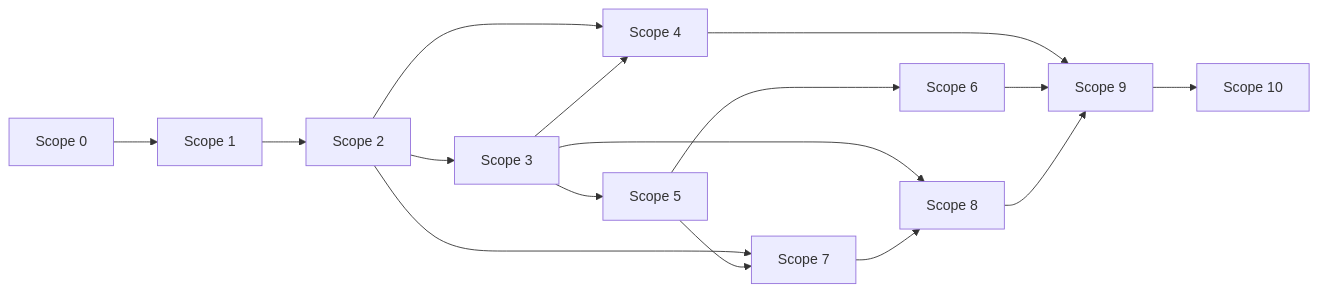
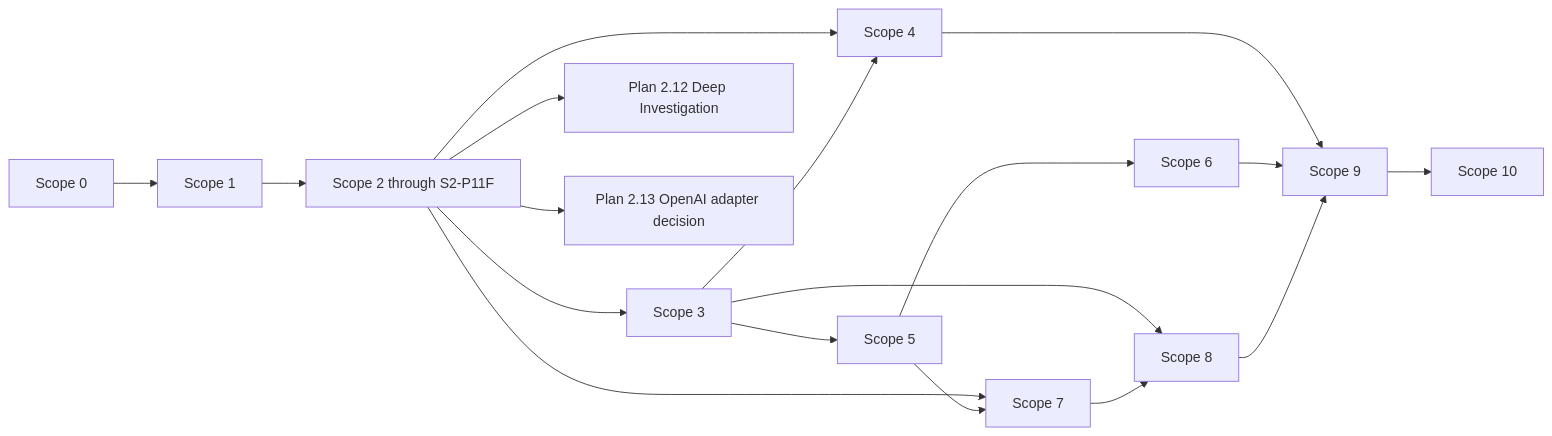
One commit to Shahriyar-Moradi/DCLab changed the second of 3 diagrams in docs/agentic-program/MASTER_SCOPE_0_TO_10_PLAN.md. Above: the diagram before and after it, drawn with Mermaid. The commit also changed other lines of this file and 31 other files, not shown here.

````diff
--- a/docs/agentic-program/MASTER_SCOPE_0_TO_10_PLAN.md
+++ b/docs/agentic-program/MASTER_SCOPE_0_TO_10_PLAN.md
@@ -266,18 +423,20 @@
 ```mermaid
 flowchart LR
     S0[Scope 0] --> S1[Scope 1]
-    S1 --> S2[Scope 2]
+    S1 --> S2[Scope 2 through S2-P11F]
     S2 --> S3[Scope 3]
+    S2 --> COP[Plan 2.12 Deep Investigation]
+    S2 --> OAI[Plan 2.13 OpenAI adapter decision]
     S2 --> S4[Scope 4]
     S3 --> S4
     S3 --> S5[Scope 5]
     S5 --> S6[Scope 6]
     S2 --> S7[Scope 7]
     S5 --> S7
     S3 --> S8[Scope 8]
     S7 --> S8
     S4 --> S9[Scope 9]
     S6 --> S9
     S8 --> S9
     S9 --> S10[Scope 10]
 ```
````
